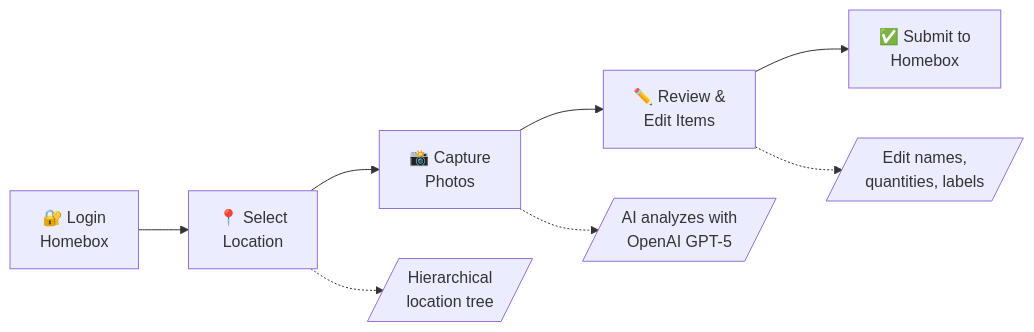
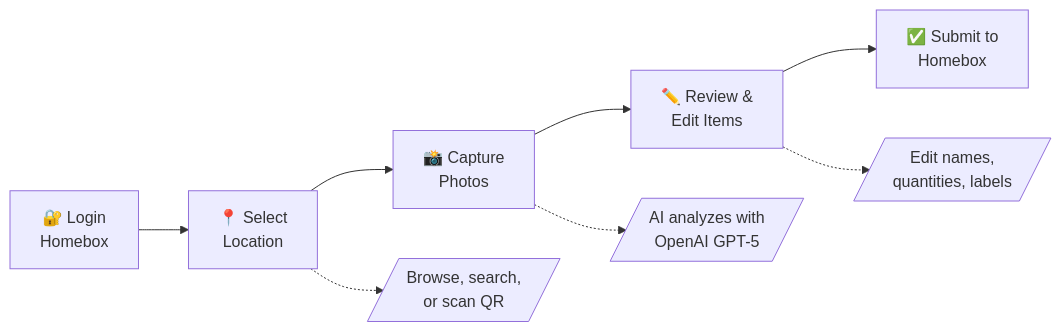
Before and after one commit to Duelion/homebox-companion: the diagram in README.md, drawn with Mermaid. The commit also changed other lines of this file, not shown here.

````diff
--- a/README.md
+++ b/README.md
@@ -11,11 +11,11 @@
 ```mermaid
 flowchart LR
     A[🔐 Login<br/>Homebox] --> B[📍 Select<br/>Location]
     B --> C[📸 Capture<br/>Photos]
     C --> D[✏️ Review &<br/>Edit Items]
     D --> E[✅ Submit to<br/>Homebox]
     
-    B -.-> B1[/Hierarchical<br/>location tree/]
+    B -.-> B1[/Browse, search,<br/>or scan QR/]
     C -.-> C1[/AI analyzes with<br/>OpenAI GPT-5/]
     D -.-> D1[/Edit names,<br/>quantities, labels/]
 ```
````
